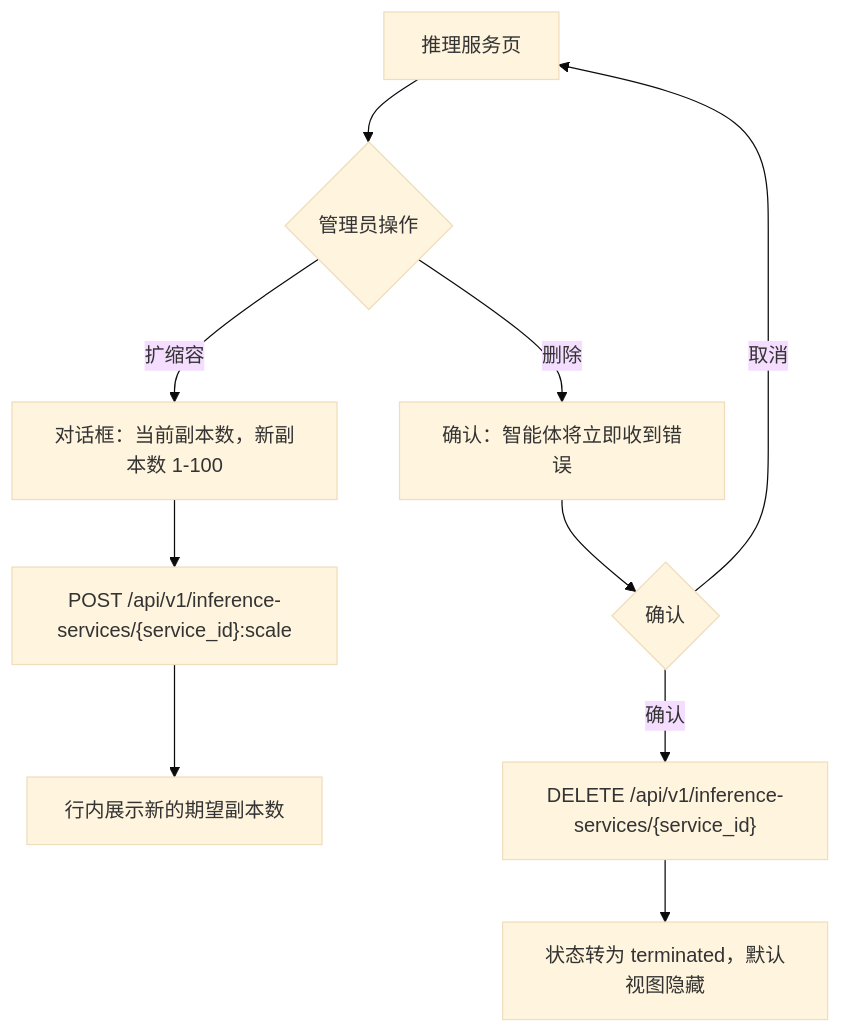
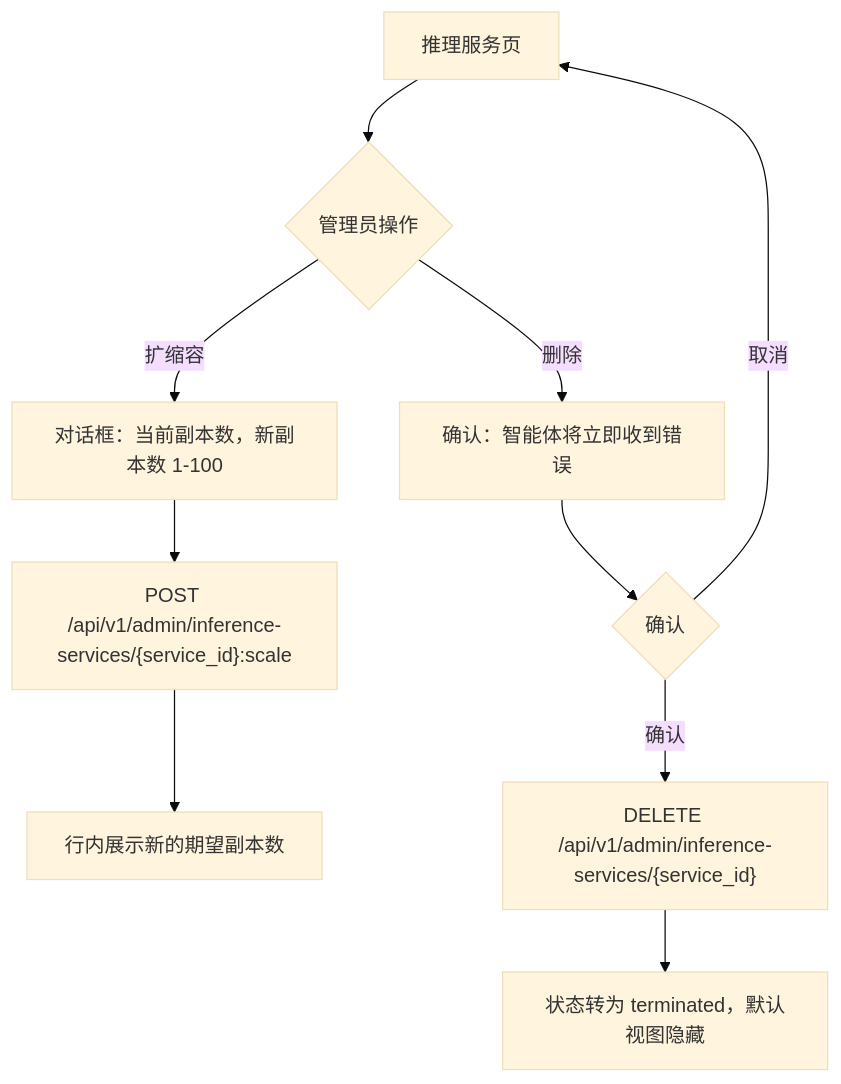
Before and after one commit to go-taas/go-taas: the fourth of 4 diagrams in site/docs/design/model-catalog-deployment.zh-cn.md, drawn with Mermaid (base theme). The commit also changed other lines of this file and 41 other files, not shown here.

````diff
--- a/site/docs/design/model-catalog-deployment.zh-cn.md
+++ b/site/docs/design/model-catalog-deployment.zh-cn.md
@@ -224,12 +224,12 @@
 ```mermaid
 flowchart TD
     A["推理服务页"] --> B{"管理员操作"}
     B -->|扩缩容| C["对话框：当前副本数，新副本数 1-100"]
-    C --> D["POST /api/v1/inference-services/{service_id}:scale"]
+    C --> D["POST /api/v1/admin/inference-services/{service_id}:scale"]
     D --> E["行内展示新的期望副本数"]
     B -->|删除| F["确认：智能体将立即收到错误"]
     F --> G{确认}
     G -->|取消| A
-    G -->|确认| H["DELETE /api/v1/inference-services/{service_id}"]
+    G -->|确认| H["DELETE /api/v1/admin/inference-services/{service_id}"]
     H --> I["状态转为 terminated，默认视图隐藏"]
 ```
````
